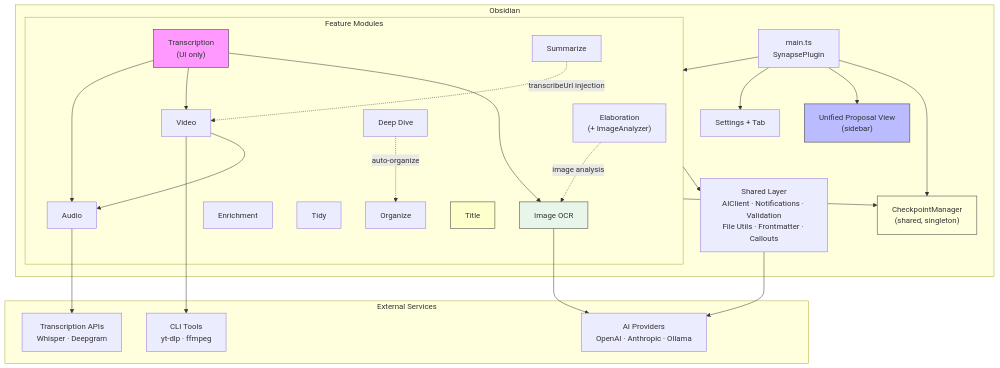
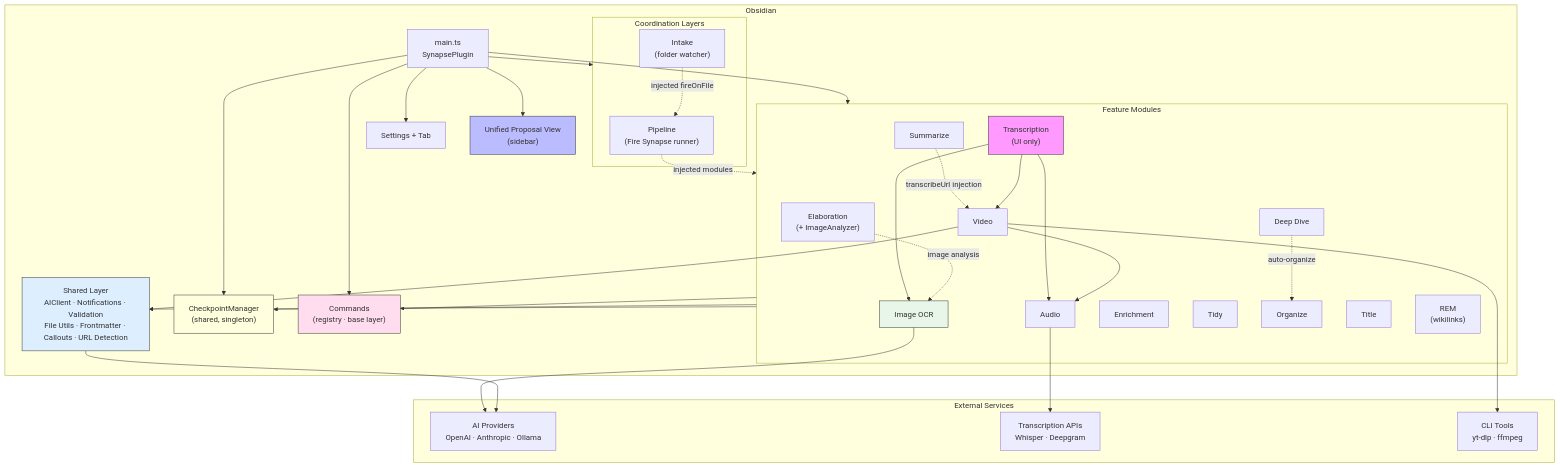
The first of 11 diagrams in ARCHITECTURE.md (dustinkeeton/obsidian-synapse), drawn with Mermaid before and after one commit. The commit also changed other lines of this file and 23 other files, not shown here.

````diff
--- a/ARCHITECTURE.md
+++ b/ARCHITECTURE.md
@@ -11,55 +20,69 @@
 ```mermaid
 graph TB
     subgraph Obsidian["Obsidian"]
         Main["main.ts<br/>SynapsePlugin"]
         Settings["Settings + Tab"]
         Sidebar["Unified Proposal View<br/>(sidebar)"]
         CkptMgr["CheckpointManager<br/>(shared, singleton)"]
+
+        subgraph Coord["Coordination Layers"]
+            Pipe["Pipeline<br/>(Fire Synapse runner)"]
+            Intake["Intake<br/>(folder watcher)"]
+        end
 
         subgraph Features["Feature Modules"]
             Elab["Elaboration<br/>(+ ImageAnalyzer)"]
             Audio["Audio"]
             Video["Video"]
             Image["Image OCR"]
             Trans["Transcription<br/>(UI only)"]
             Enrich["Enrichment"]
             Summ["Summarize"]
             Tidy["Tidy"]
             Org["Organize"]
             DD["Deep Dive"]
             Title["Title"]
+            Rem["REM<br/>(wikilinks)"]
         end
 
-        Shared["Shared Layer<br/>AIClient · Notifications · Validation<br/>File Utils · Frontmatter · Callouts"]
+        Commands["Commands<br/>(registry · base layer)"]
+        Shared["Shared Layer<br/>AIClient · Notifications · Validation<br/>File Utils · Frontmatter · Callouts · URL Detection"]
     end
 
     subgraph External["External Services"]
         AI["AI Providers<br/>OpenAI · Anthropic · Ollama"]
         TransAPI["Transcription APIs<br/>Whisper · Deepgram"]
         Tools["CLI Tools<br/>yt-dlp · ffmpeg"]
     end
 
     Main --> Settings
     Main --> Sidebar
     Main --> CkptMgr
+    Main --> Commands
+    Main --> Coord
     Main --> Features
+    Pipe -.->|injected modules| Features
+    Intake -.->|injected fireOnFile| Pipe
     Features --> Shared
+    Features --> Commands
     Features --> CkptMgr
     Shared --> AI
     Audio --> TransAPI
     Video --> Tools
     Video --> Audio
+    Video --> Shared
     Image --> AI
     Elab -.->|image analysis| Image
     Trans --> Audio
     Trans --> Video
     Trans --> Image
     Summ -.->|transcribeUrl injection| Video
     DD -.->|auto-organize| Org
 
     style Trans fill:#f9f,stroke:#333
     style Sidebar fill:#bbf,stroke:#333
     style CkptMgr fill:#ffd,stroke:#333
-    style Title fill:#ffc,stroke:#333
+    style Commands fill:#fde,stroke:#333
+    style Shared fill:#def,stroke:#333
     style Image fill:#e8f5e9,stroke:#333
 ```
````
